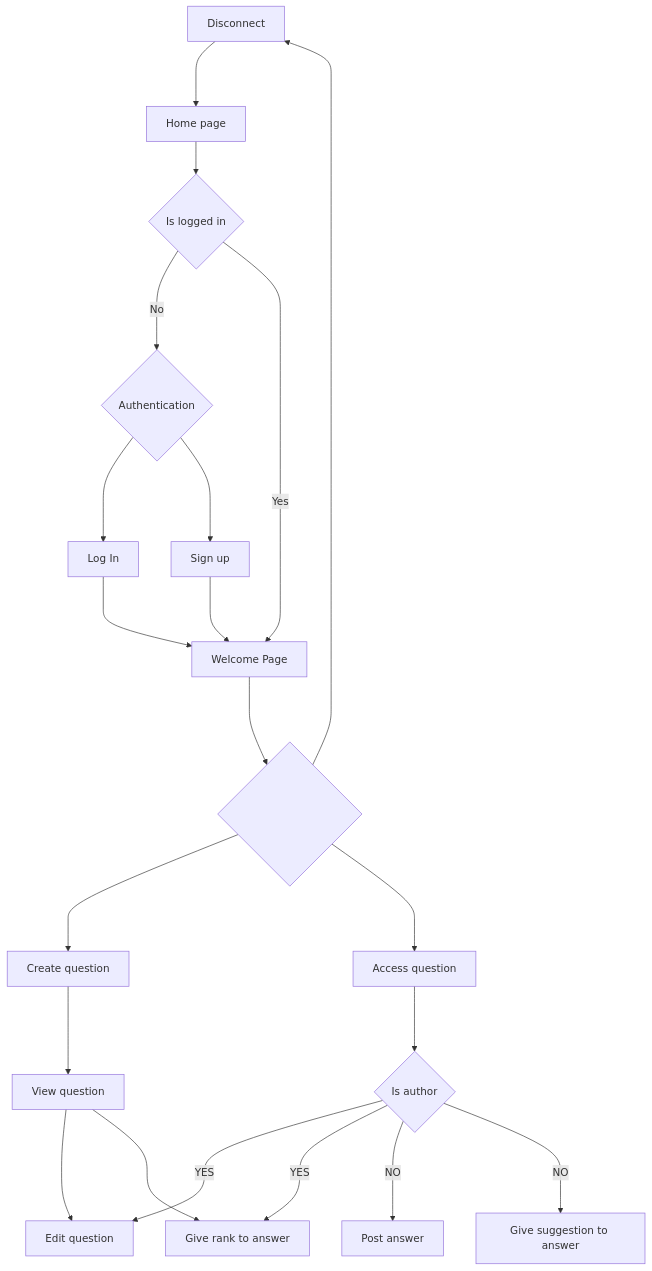
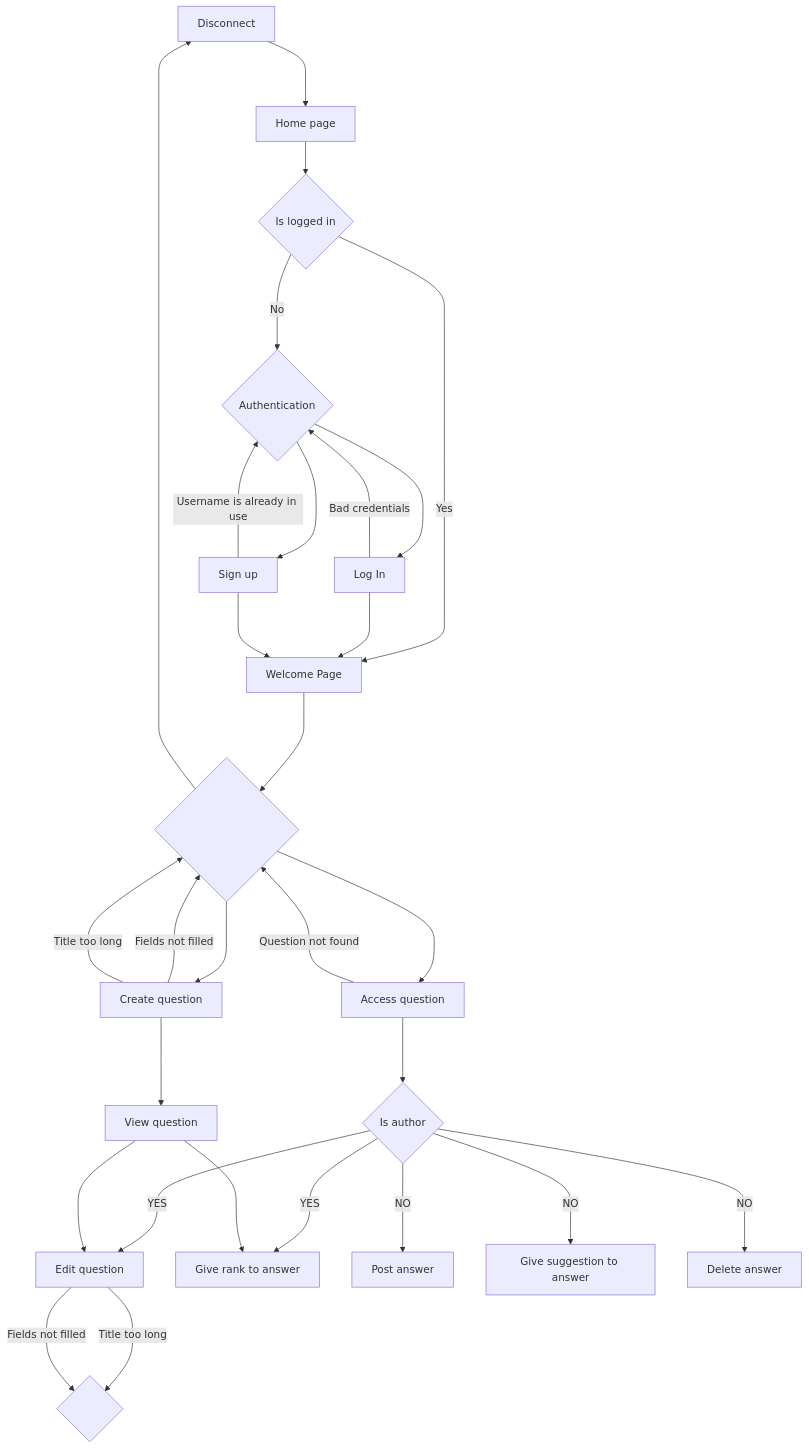
One commit to Vlad-Dima21/slack-underflow-front changed the diagram in mermaid.md. Above: the diagram before and after it, drawn with Mermaid. The commit also changed 1 other file, not shown here.

Commit message:
rank fix

````diff
--- a/mermaid.md
+++ b/mermaid.md
@@ -1,23 +1,32 @@
 ```mermaid
 flowchart TB
     A[Home page] --> B{Is logged in}
     B --->|No| C{Authentication}
     C ---> D[Log In]
     C ---> E[Sign up]
     B --->|Yes| F[Welcome Page]
     F ---> G{\n\n\n\n\n\n\n\n}
     D --->F
     E --->F
     G ---> H[Create question]
     G ---> I[Access question]
     H ---> J[View question]
     I ---> 1{Is author}
     1 --->|YES|2[Edit question]
     1 --->|YES|3[Give rank to answer]
     1 --->|NO|4[Post answer]
+    1 --->|NO|8[Delete answer]
     1 --->|NO|5[Give suggestion to answer]
     J ---> 2
     J ---> 3
     G ---> 6[Disconnect]
     6 ---> A
+    D --->|Bad credentials|C
+    E --->|Username is already in use|C
+    I --->|Question not found|G
+    H --->|Fields not filled|G
+    H --->|Title too long|G
+    2 ---> |Title too long|7{\n\n\n}
+    2 ---> |Fields not filled|7
+    
 ```
````
